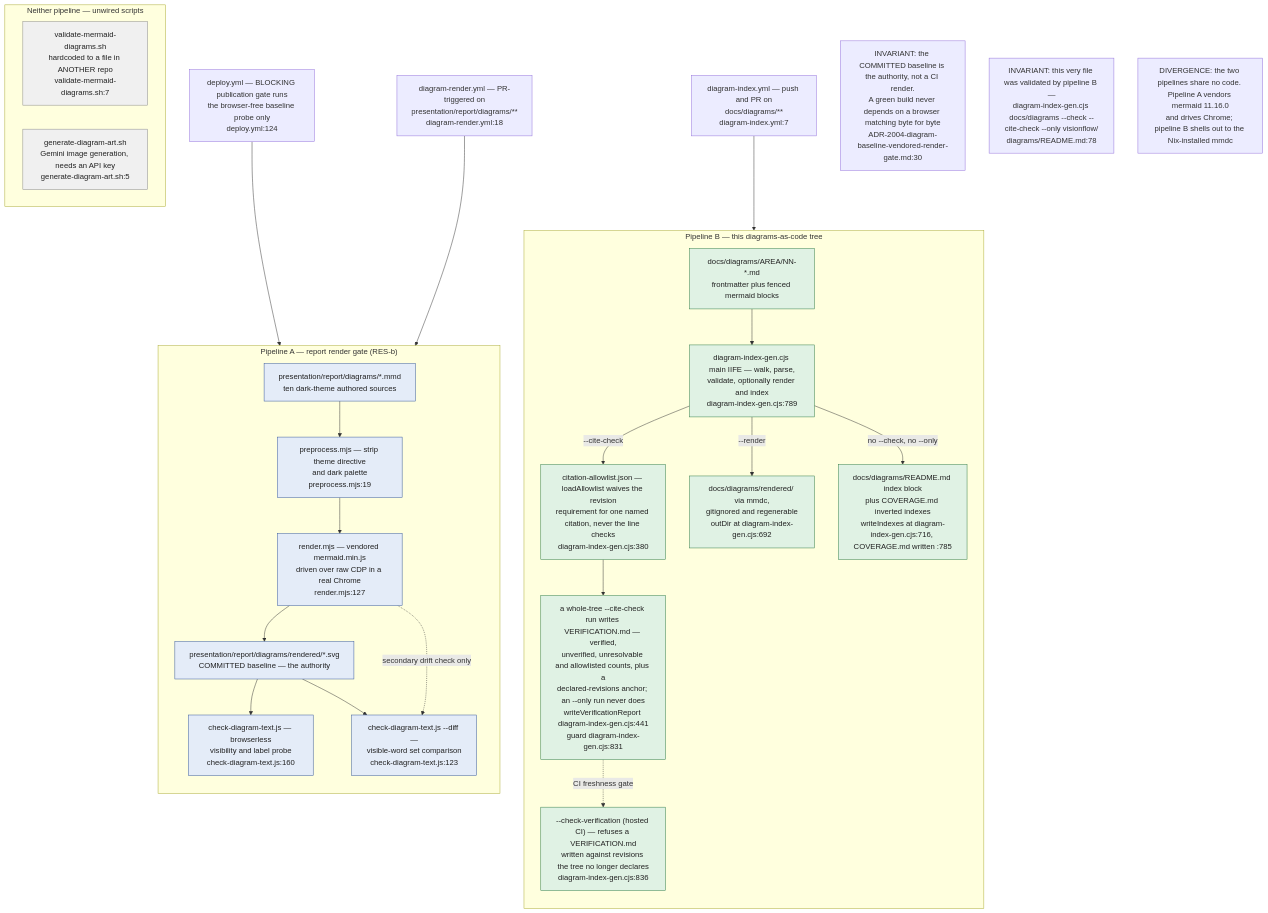
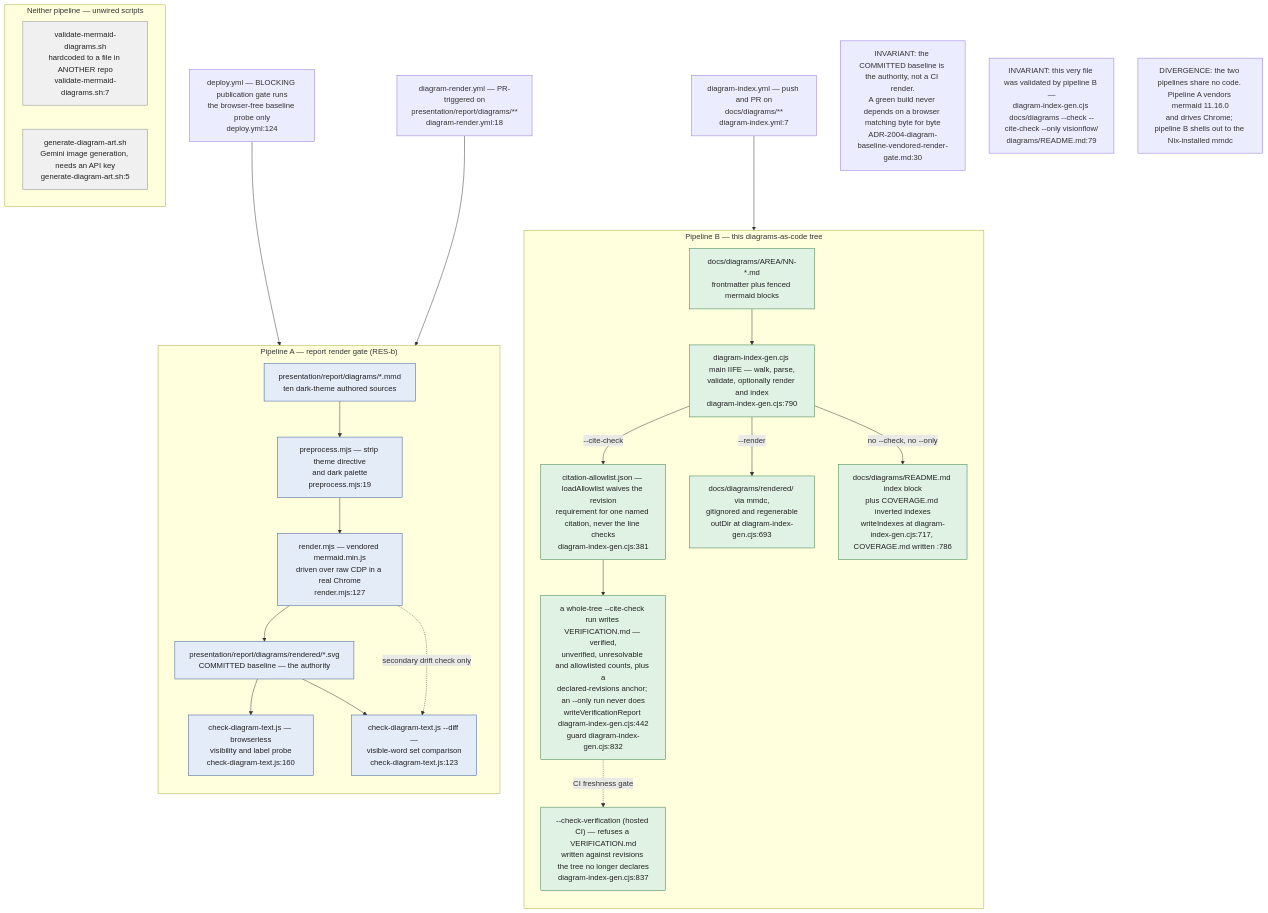
The first of 14 diagrams in docs/diagrams/visionflow/06-diagram-tooling.md (DreamLab-AI/VisionFlow), drawn with Mermaid before and after one commit. The commit also changed other lines of this file and 80 other files, not shown here.

First line of the commit message:
docs(diagrams): re-verify the agentbox, dreamlab, estate and visionflow corpus against current sources

````diff
--- a/docs/diagrams/visionflow/06-diagram-tooling.md
+++ b/docs/diagrams/visionflow/06-diagram-tooling.md
@@ -35,49 +35,49 @@
 ```mermaid
 flowchart TB
     classDef pipeA fill:#e4ecf8,stroke:#33559a,color:#222
     classDef pipeB fill:#e0f2e4,stroke:#2f7a45,color:#222
     classDef orphan fill:#f0f0f0,stroke:#888,color:#222
 
     subgraph A["Pipeline A — report render gate (RES-b)"]
         direction TB
         AS["presentation/report/diagrams/*.mmd<br/>ten dark-theme authored sources"]:::pipeA
         APRE["preprocess.mjs — strip theme directive<br/>and dark palette<br/>preprocess.mjs:19"]:::pipeA
         AREN["render.mjs — vendored mermaid.min.js<br/>driven over raw CDP in a real Chrome<br/>render.mjs:127"]:::pipeA
         ABASE["presentation/report/diagrams/rendered/*.svg<br/>COMMITTED baseline — the authority"]:::pipeA
         ACHK["check-diagram-text.js — browserless<br/>visibility and label probe<br/>check-diagram-text.js:160"]:::pipeA
         ADIFF["check-diagram-text.js --diff —<br/>visible-word set comparison<br/>check-diagram-text.js:123"]:::pipeA
         AS --> APRE --> AREN --> ABASE
         ABASE --> ACHK
         AREN -.->|"secondary drift check only"| ADIFF
         ABASE --> ADIFF
     end
 
     subgraph B["Pipeline B — this diagrams-as-code tree"]
         direction TB
         BS["docs/diagrams/AREA/NN-*.md<br/>frontmatter plus fenced mermaid blocks"]:::pipeB
-        BGEN["diagram-index-gen.cjs main IIFE — walk, parse,<br/>validate, optionally render and index<br/>diagram-index-gen.cjs:789"]:::pipeB
-        BALLOW["citation-allowlist.json — loadAllowlist waives the revision<br/>requirement for one named citation, never the line checks<br/>diagram-index-gen.cjs:380"]:::pipeB
-        BVER["a whole-tree --cite-check run writes VERIFICATION.md — verified,<br/>unverified, unresolvable and allowlisted counts, plus a<br/>declared-revisions anchor; an --only run never does<br/>writeVerificationReport diagram-index-gen.cjs:441<br/>guard diagram-index-gen.cjs:831"]:::pipeB
-        BCHKV["--check-verification (hosted CI) — refuses a VERIFICATION.md<br/>written against revisions the tree no longer declares<br/>diagram-index-gen.cjs:836"]:::pipeB
-        BREND["docs/diagrams/rendered/ via mmdc,<br/>gitignored and regenerable<br/>outDir at diagram-index-gen.cjs:692"]:::pipeB
-        BIDX["docs/diagrams/README.md index block<br/>plus COVERAGE.md inverted indexes<br/>writeIndexes at diagram-index-gen.cjs:716, COVERAGE.md written :785"]:::pipeB
+        BGEN["diagram-index-gen.cjs main IIFE — walk, parse,<br/>validate, optionally render and index<br/>diagram-index-gen.cjs:790"]:::pipeB
+        BALLOW["citation-allowlist.json — loadAllowlist waives the revision<br/>requirement for one named citation, never the line checks<br/>diagram-index-gen.cjs:381"]:::pipeB
+        BVER["a whole-tree --cite-check run writes VERIFICATION.md — verified,<br/>unverified, unresolvable and allowlisted counts, plus a<br/>declared-revisions anchor; an --only run never does<br/>writeVerificationReport diagram-index-gen.cjs:442<br/>guard diagram-index-gen.cjs:832"]:::pipeB
+        BCHKV["--check-verification (hosted CI) — refuses a VERIFICATION.md<br/>written against revisions the tree no longer declares<br/>diagram-index-gen.cjs:837"]:::pipeB
+        BREND["docs/diagrams/rendered/ via mmdc,<br/>gitignored and regenerable<br/>outDir at diagram-index-gen.cjs:693"]:::pipeB
+        BIDX["docs/diagrams/README.md index block<br/>plus COVERAGE.md inverted indexes<br/>writeIndexes at diagram-index-gen.cjs:717, COVERAGE.md written :786"]:::pipeB
         BS --> BGEN
         BGEN -->|"--cite-check"| BALLOW --> BVER
         BVER -.->|"CI freshness gate"| BCHKV
         BGEN -->|"--render"| BREND
         BGEN -->|"no --check, no --only"| BIDX
     end
 
     WA["diagram-render.yml — PR-triggered on<br/>presentation/report/diagrams/**<br/>diagram-render.yml:18"] --> A
     WB["diagram-index.yml — push and PR on<br/>docs/diagrams/**<br/>diagram-index.yml:7"] --> B
     WD["deploy.yml — BLOCKING publication gate runs<br/>the browser-free baseline probe only<br/>deploy.yml:124"] --> ACHK
 
     subgraph O["Neither pipeline — unwired scripts"]
         OV["validate-mermaid-diagrams.sh<br/>hardcoded to a file in ANOTHER repo<br/>validate-mermaid-diagrams.sh:7"]:::orphan
         OG["generate-diagram-art.sh<br/>Gemini image generation, needs an API key<br/>generate-diagram-art.sh:5"]:::orphan
     end
 
     NOTE1["INVARIANT: the COMMITTED baseline is the authority, not a CI render.<br/>A green build never depends on a browser matching byte for byte<br/>ADR-2004-diagram-baseline-vendored-render-gate.md:30"]
-    NOTE2["INVARIANT: this very file was validated by pipeline B —<br/>diagram-index-gen.cjs docs/diagrams --check --cite-check --only visionflow/<br/>diagrams/README.md:78"]
+    NOTE2["INVARIANT: this very file was validated by pipeline B —<br/>diagram-index-gen.cjs docs/diagrams --check --cite-check --only visionflow/<br/>diagrams/README.md:79"]
     NOTE3["DIVERGENCE: the two pipelines share no code. Pipeline A vendors mermaid 11.16.0<br/>and drives Chrome; pipeline B shells out to the Nix-installed mmdc"]
 ```
````
